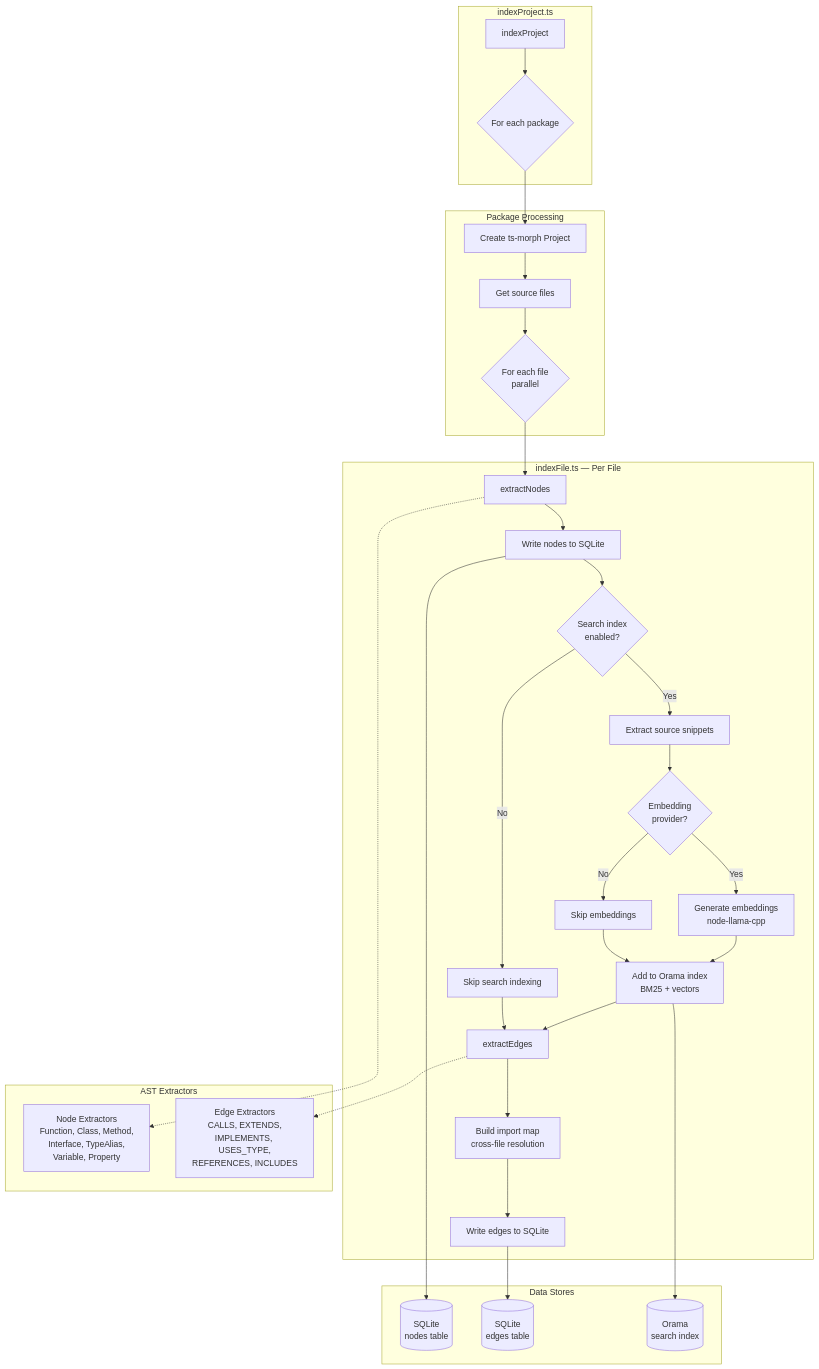
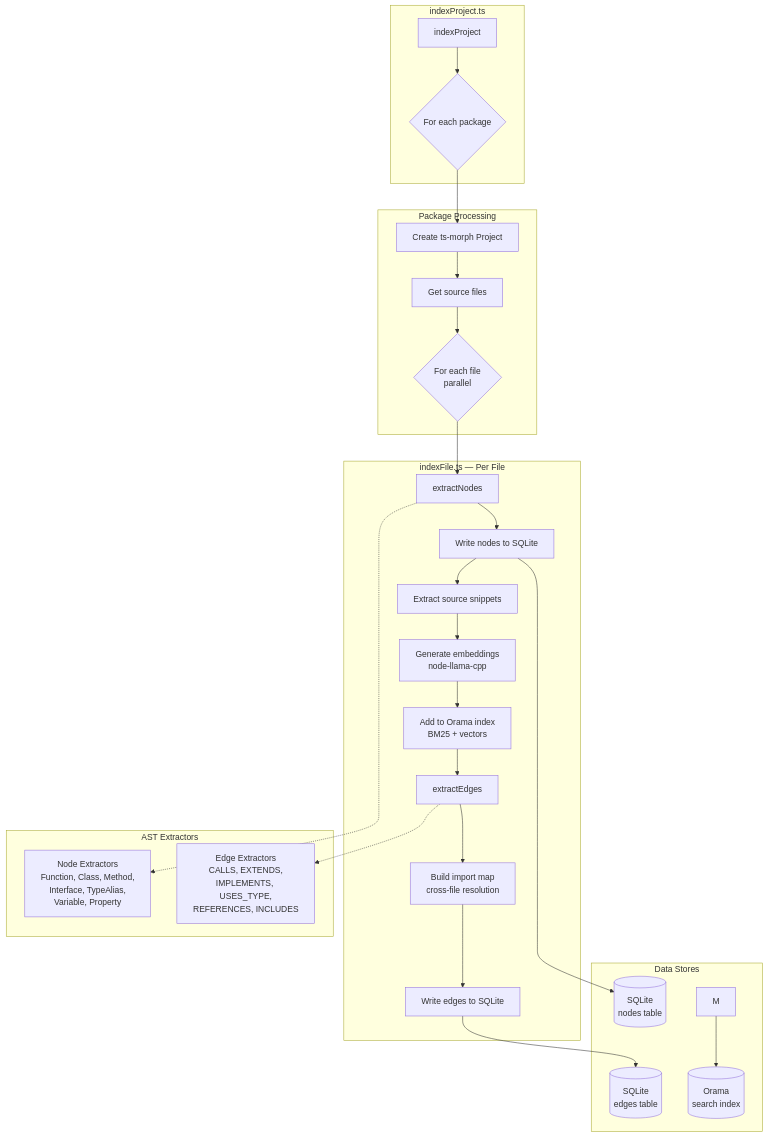
Before and after one commit to couzic/ts-graph-mcp: the second of 2 diagrams in ARCHITECTURE.md, drawn with Mermaid. The commit also changed other lines of this file and 12 other files, not shown here.

First line of the commit message:
fix populateSearchIndex to restore embeddings from cache on restart

````diff
--- a/ARCHITECTURE.md
+++ b/ARCHITECTURE.md
@@ -222,40 +222,34 @@
 ```mermaid
 flowchart TD
     subgraph Entry["indexProject.ts"]
         A[indexProject] --> B{For each package}
     end
 
     subgraph Package["Package Processing"]
         B --> C[Create ts-morph Project]
         C --> D[Get source files]
         D --> E{For each file<br/>parallel}
     end
 
     subgraph File["indexFile.ts — Per File"]
         E --> F[extractNodes]
         F --> G[Write nodes to SQLite]
-        G --> H{Search index<br/>enabled?}
-        H -->|Yes| I[Extract source snippets]
-        I --> J{Embedding<br/>provider?}
-        J -->|Yes| K[Generate embeddings<br/>node-llama-cpp]
-        J -->|No| L[Skip embeddings]
-        K --> M[Add to Orama index<br/>BM25 + vectors]
-        L --> M
-        H -->|No| N[Skip search indexing]
-        M --> O[extractEdges]
-        N --> O
+        G --> H[Extract source snippets]
+        H --> I[Generate embeddings<br/>node-llama-cpp]
+        I --> J[Add to Orama index<br/>BM25 + vectors]
+        J --> O[extractEdges]
         O --> P[Build import map<br/>cross-file resolution]
         P --> Q[Write edges to SQLite]
     end
 
     subgraph Storage["Data Stores"]
         G --> DB[(SQLite<br/>nodes table)]
         Q --> DB2[(SQLite<br/>edges table)]
         M --> SI[(Orama<br/>search index)]
     end
 
     subgraph Extractors["AST Extractors"]
         F -.-> NE[Node Extractors<br/>Function, Class, Method,<br/>Interface, TypeAlias,<br/>Variable, Property]
         O -.-> EE[Edge Extractors<br/>CALLS, EXTENDS,<br/>IMPLEMENTS, USES_TYPE,<br/>REFERENCES, INCLUDES]
     end
 ```
````
